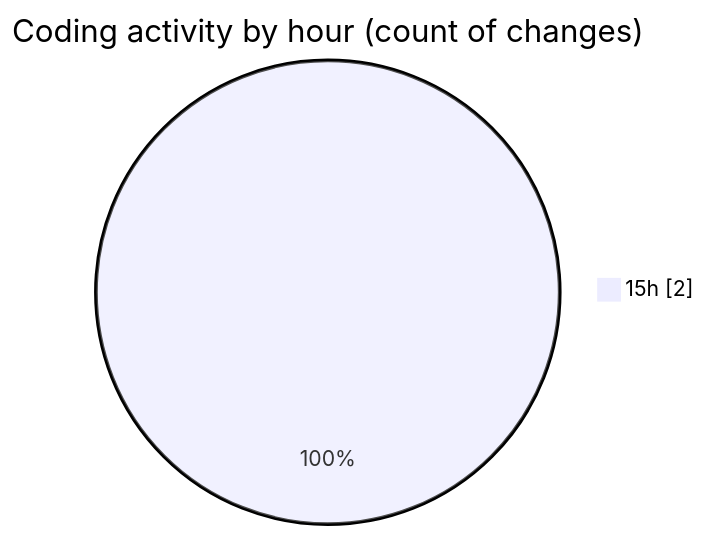
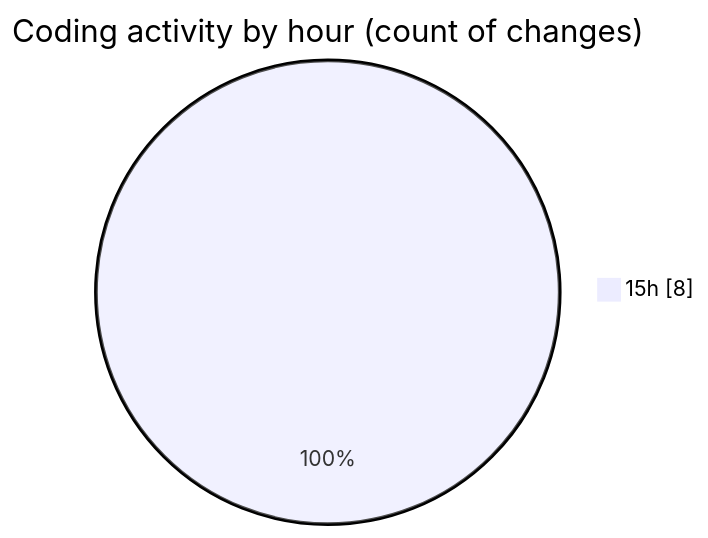
Before and after one commit to Netris89/code-tracking: the second of 2 diagrams in 2025-10-26/skintrack/README.md, drawn with Mermaid. The commit also changed other lines of this file and 1 other file, not shown here.

````diff
--- a/2025-10-26/skintrack/README.md
+++ b/2025-10-26/skintrack/README.md
@@ -28,5 +28,5 @@
 ```mermaid
 pie showData
 title Coding activity by hour (count of changes)
-"15h" : 2
+"15h" : 8
 ```
````
